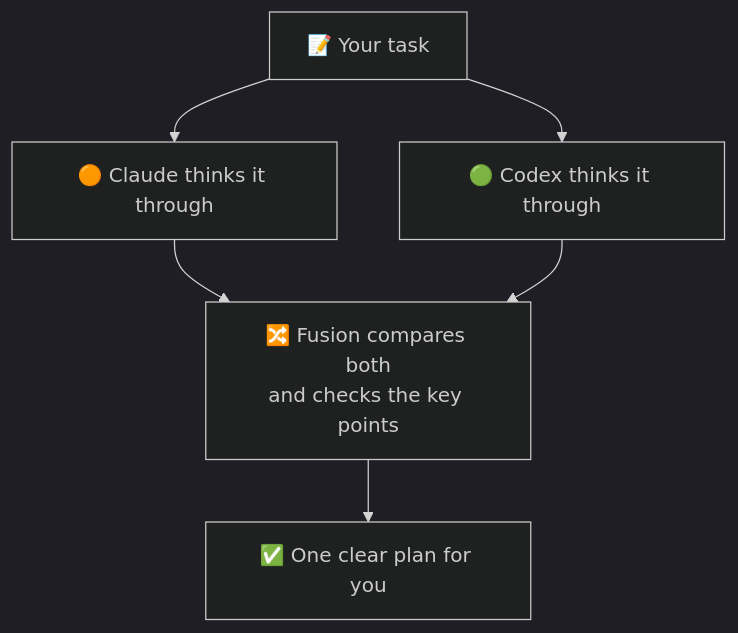
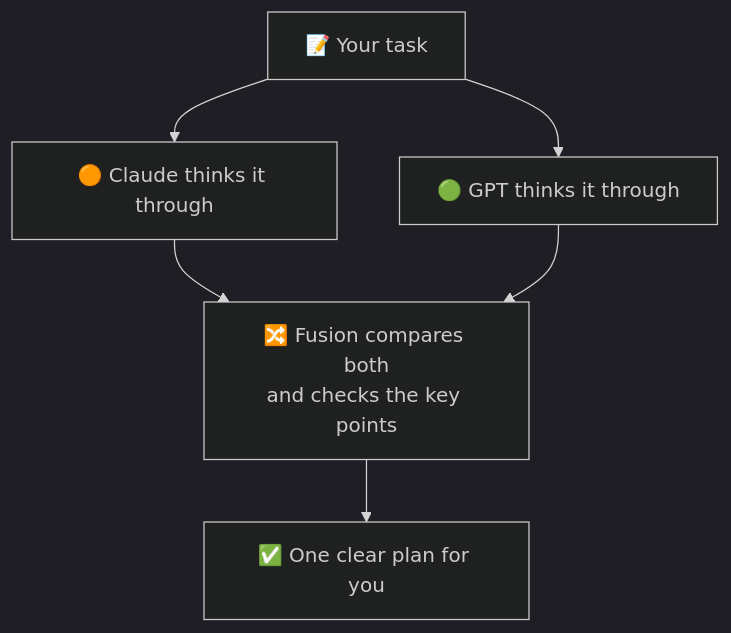
The diagram in README.md (Adityalingwal/Fusion), drawn with Mermaid (dark theme) before and after one commit. The commit also changed other lines of this file, not shown here.

````diff
--- a/README.md
+++ b/README.md
@@ -12,8 +12,8 @@
 ```mermaid
 flowchart TD
     A["📝 Your task"] --> B["🟠 Claude thinks it through"]
-    A --> C["🟢 Codex thinks it through"]
+    A --> C["🟢 GPT thinks it through"]
     B --> D["🔀 Fusion compares both<br/>and checks the key points"]
     C --> D
     D --> E["✅ One clear plan for you"]
 ```
````
